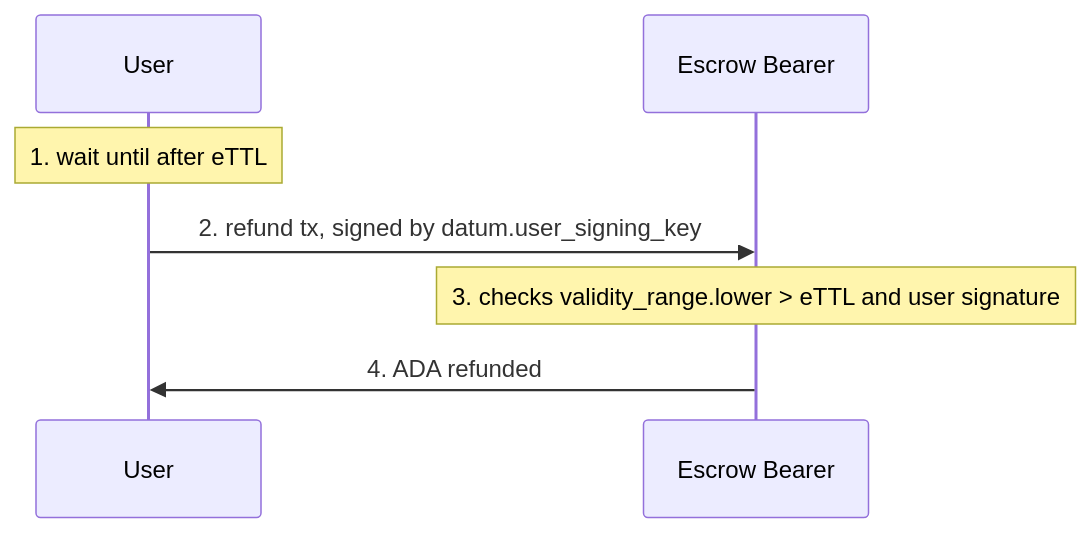
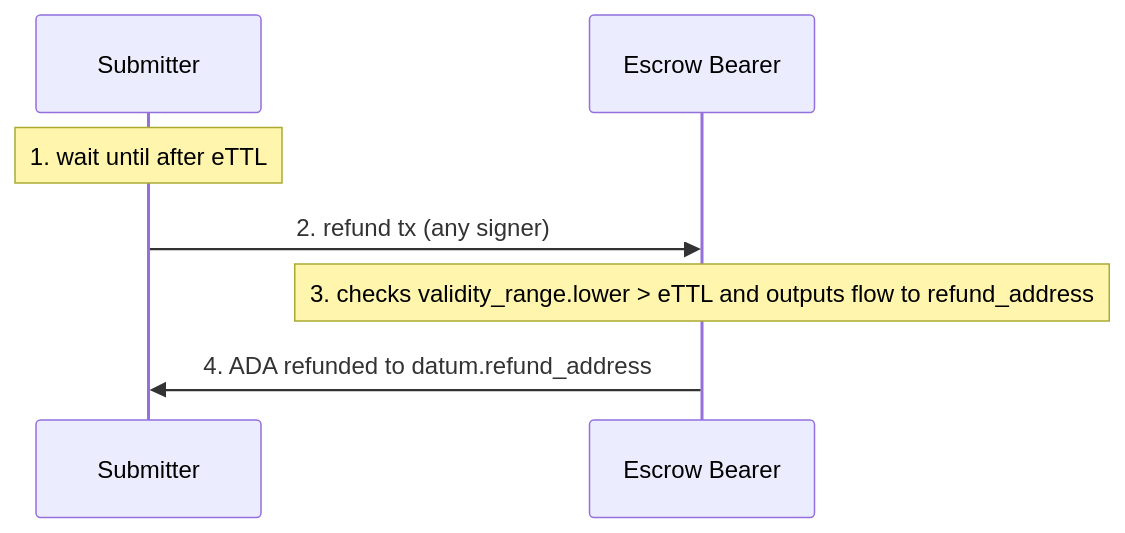
One commit to SundaeSwap-finance/capacity-exchange changed the third of 3 diagrams in packages/bridgeless-claim/docs/OVERVIEW.md. Above: the diagram before and after it, drawn with Mermaid. The commit also changed other lines of this file and 2 other files, not shown here.

First line of the commit message:
docs(bridgeless-claim): refund_address + SDK escrow tracking

````diff
--- a/packages/bridgeless-claim/docs/OVERVIEW.md
+++ b/packages/bridgeless-claim/docs/OVERVIEW.md
@@ -124,10 +124,10 @@
 ```mermaid
 sequenceDiagram
-    participant User
+    participant Submitter
     participant Escrow Bearer
 
-    Note over User: 1. wait until after eTTL
-    User->>Escrow Bearer: 2. refund tx, signed by datum.user_signing_key
-    Note over Escrow Bearer: 3. checks validity_range.lower > eTTL and user signature
-    Escrow Bearer->>User: 4. ADA refunded
+    Note over Submitter: 1. wait until after eTTL
+    Submitter->>Escrow Bearer: 2. refund tx (any signer)
+    Note over Escrow Bearer: 3. checks validity_range.lower > eTTL and outputs flow to refund_address
+    Escrow Bearer->>Submitter: 4. ADA refunded to datum.refund_address
 ```
````
